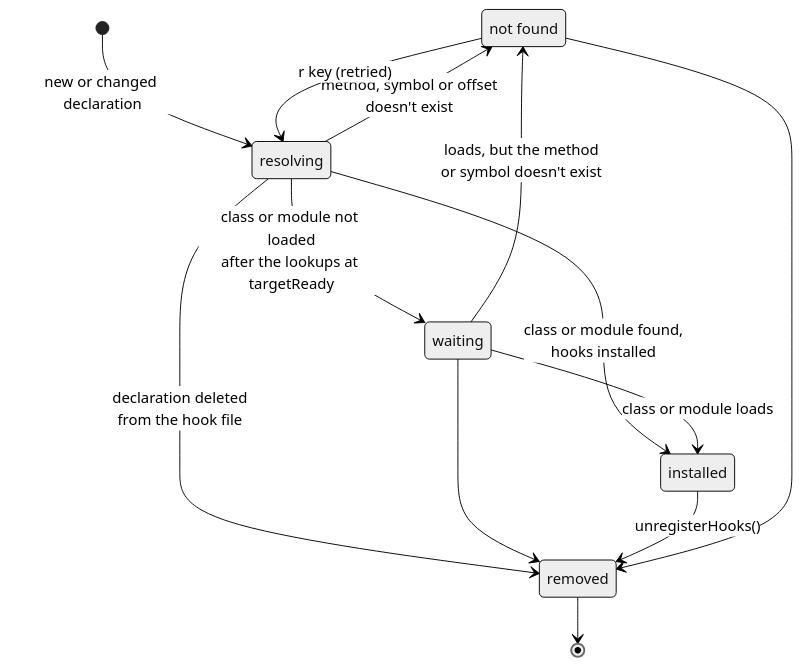
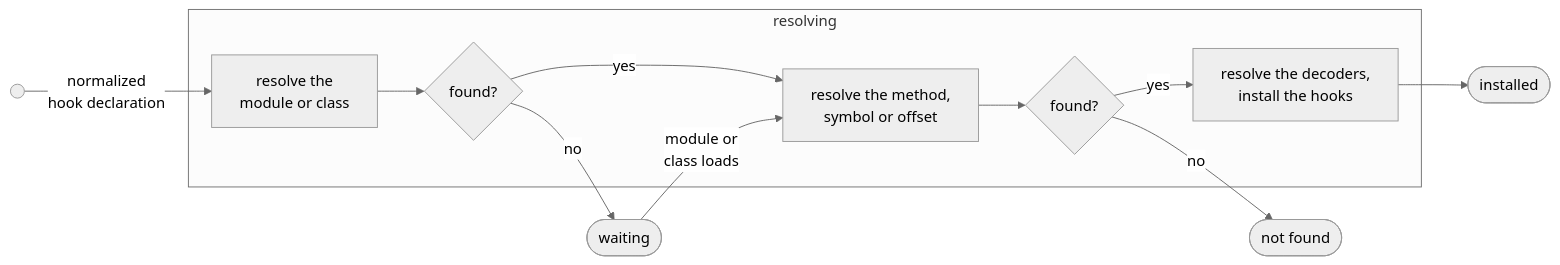
Before and after one commit to bernhste/frooky: the second of 8 diagrams in docs/under-the-hood.md, drawn with Mermaid (neutral theme). The commit also changed other lines of this file, not shown here.

Commit message:
finalized  Hook Initialization

````diff
--- a/docs/under-the-hood.md
+++ b/docs/under-the-hood.md
@@ -93,16 +93,19 @@
 ```mermaid
-stateDiagram-v2
-    state "not found" as notFound
-    [*] --> resolving: new or changed declaration
-    resolving --> installed: class or module found,<br/>hooks installed
-    resolving --> notFound: method, symbol or offset<br/>doesn't exist
-    resolving --> waiting: class or module not loaded<br/>after the lookups at targetReady
-    waiting --> installed: class or module loads
-    waiting --> notFound: loads, but the method<br/>or symbol doesn't exist
-    notFound --> resolving: r key (retried)
-    resolving --> removed: declaration deleted<br/>from the hook file
-    waiting --> removed
-    installed --> removed: unregisterHooks()
-    notFound --> removed
-    removed --> [*]
+flowchart LR
+    subgraph resolving
+        rm["resolve the<br/>module or class"]
+        qm{"found?"}
+        rs["resolve the method,<br/>symbol or offset"]
+        qs{"found?"}
+        ih["resolve the decoders,<br/>install the hooks"]
+    end
+    start(( )) -->|normalized<br/>hook declaration| rm
+    rm --> qm
+    qm -->|yes| rs
+    qm -->|no| wait(["waiting"])
+    wait -->|module or<br/>class loads| rs
+    rs --> qs
+    qs -->|yes| ih
+    qs -->|no| nf(["not found"])
+    ih --> installed(["installed"])
 ```
````
